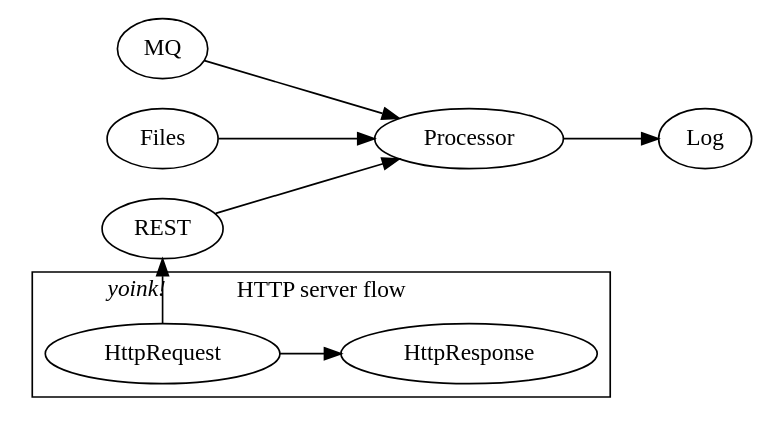
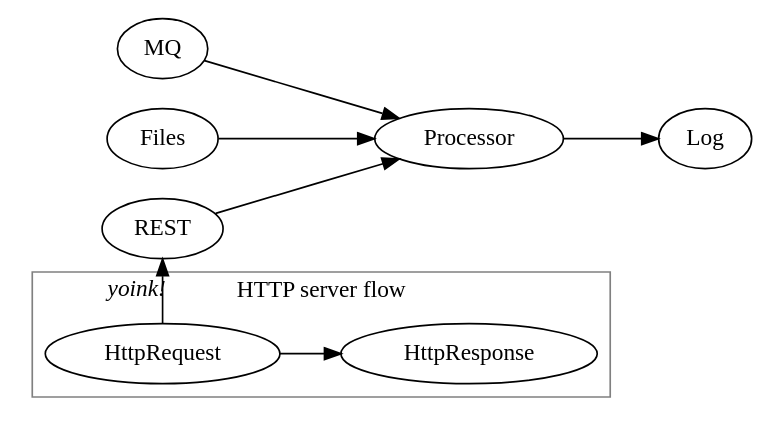
Before and after one commit to ane/ane.github.io: the diagram in images/streaming-http/second.dot, drawn with Graphviz. The commit also changed 3 other files, not shown here.

```diff
--- a/images/streaming-http/second.dot
+++ b/images/streaming-http/second.dot
@@ -1,26 +1,26 @@
 digraph {
     rankdir=LR
-    rank = same;
     
     node[group=left]
     subgraph cluster_0 {
-        rankdir=TB
+        rank=same
+        color=grey
         HttpRequest;
         HttpResponse;
         label="HTTP server flow"
     }
 
     MQ;
     Files;
     REST;
     Processor;
     Log;
 
     MQ -> Processor;
     Files -> Processor;
     REST -> Processor;
     Processor -> Log;
 
     HttpRequest -> HttpResponse;
     HttpRequest -> REST[label=<<i>yoink!</i>>,constraint=false];
 }
```
